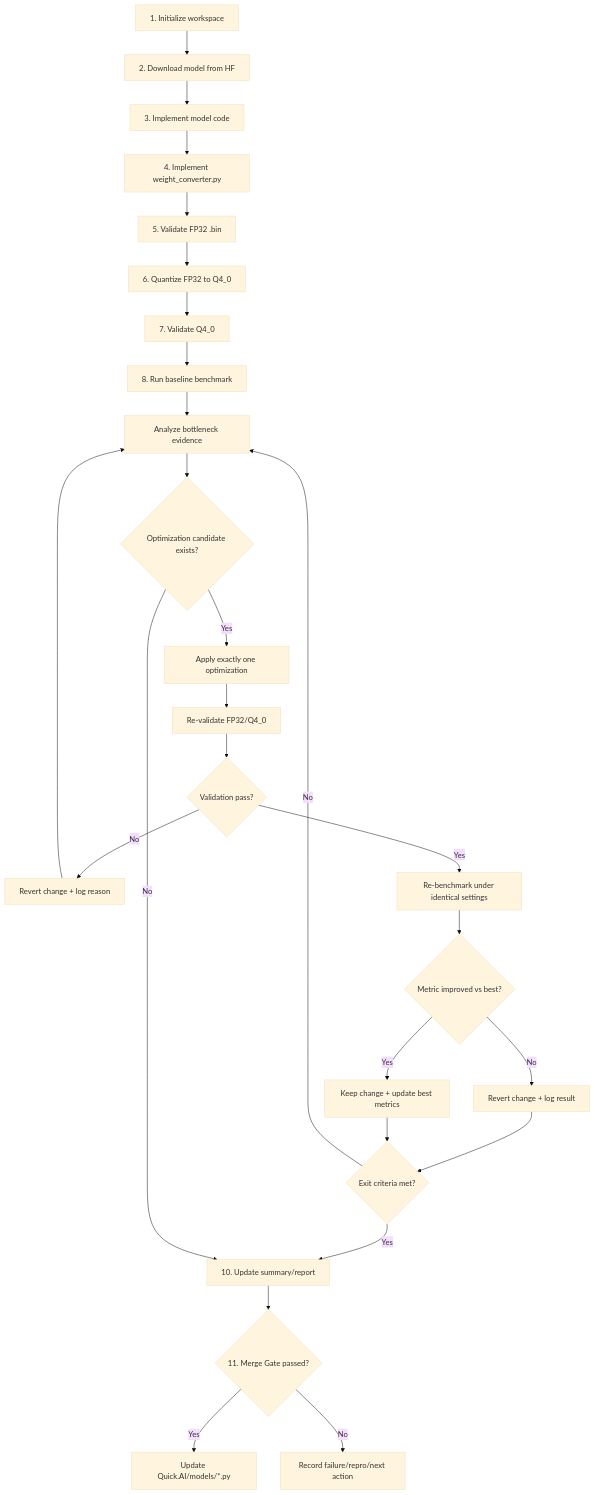
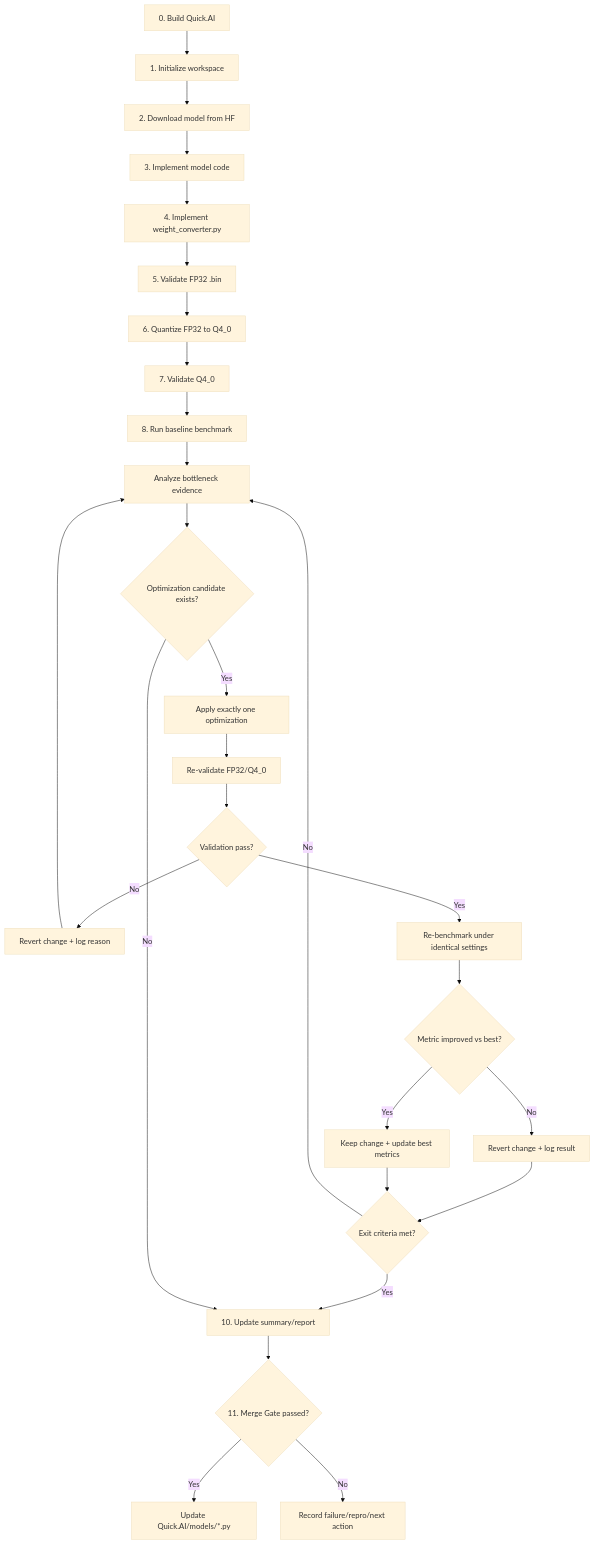
One commit to Jungwon-Lee/Quick.AI changed the diagram in tools/model_onboarding_agent/AGENT_ROLE.md. Above: the diagram before and after it, drawn with Mermaid (base theme). The commit also changed other lines of this file and 1 other file, not shown here.

Commit message:
Update README to build the project before Agent Workflow

````diff
--- a/tools/model_onboarding_agent/AGENT_ROLE.md
+++ b/tools/model_onboarding_agent/AGENT_ROLE.md
@@ -222,32 +229,33 @@
 ```mermaid
 flowchart TD
-    A[1. Initialize workspace] --> B[2. Download model from HF]
+    Z[0. Build Quick.AI] --> A[1. Initialize workspace]
+    A --> B[2. Download model from HF]
     B --> C[3. Implement model code]
     C --> D[4. Implement weight_converter.py]
     D --> E[5. Validate FP32 .bin]
     E --> F[6. Quantize FP32 to Q4_0]
     F --> G[7. Validate Q4_0]
 
     G --> H[8. Run baseline benchmark]
     H --> I[Analyze bottleneck evidence]
     I --> J{Optimization candidate exists?}
 
     J -->|Yes| K[Apply exactly one optimization]
     K --> L[Re-validate FP32/Q4_0]
     L --> M{Validation pass?}
     M -->|No| N[Revert change + log reason]
     N --> I
     M -->|Yes| O[Re-benchmark under identical settings]
     O --> P{Metric improved vs best?}
     P -->|No| Q[Revert change + log result]
     Q --> R{Exit criteria met?}
     P -->|Yes| S[Keep change + update best metrics]
     S --> R
     R -->|No| I
     R -->|Yes| T[10. Update summary/report]
 
     J -->|No| T
     T --> U{11. Merge Gate passed?}
     U -->|Yes| V[Update Quick.AI/models/*.py]
     U -->|No| W[Record failure/repro/next action]
 ```
````
